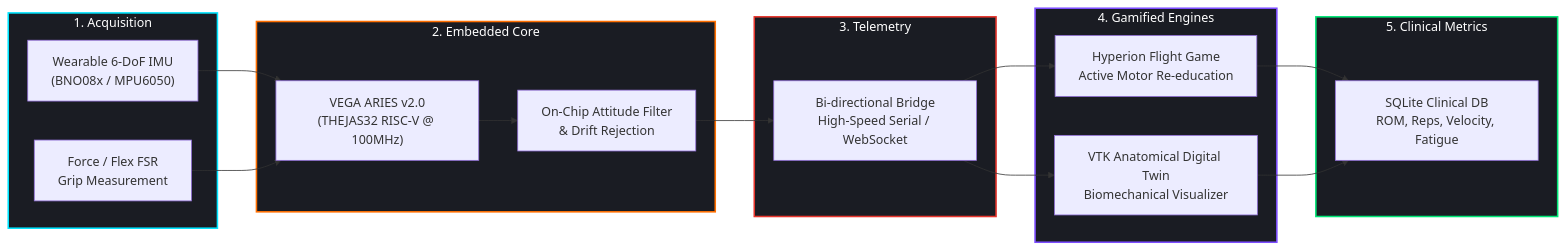
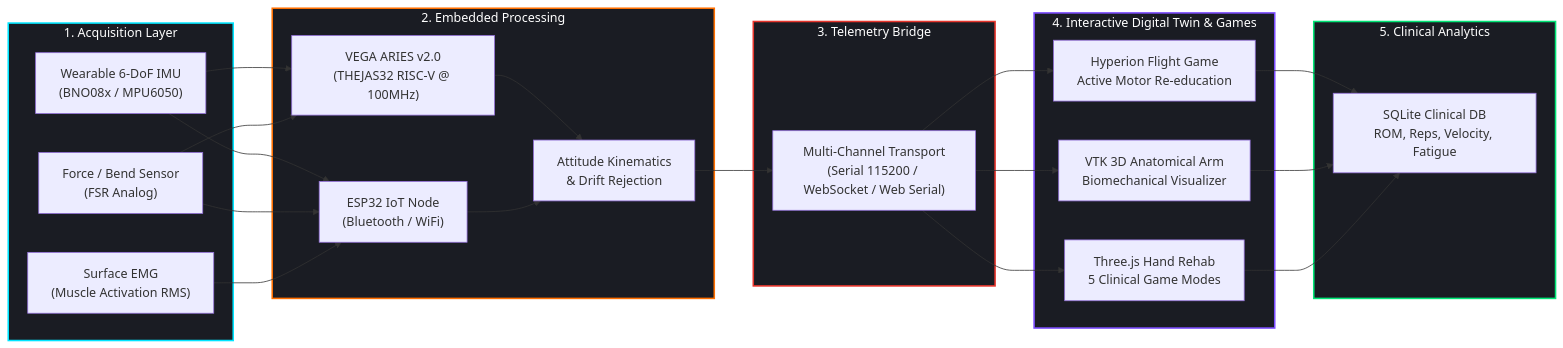
One commit to Deepak-prog15/gamified-rehabilitation-system-aries-board-v2 changed the diagram in README.md. Above: the diagram before and after it, drawn with Mermaid. The commit also changed other lines of this file, not shown here.

Commit message:
Incorporate comprehensive RehabiHand modules, hardware pinouts, telemetry schemas, maintainers, and hackathon wins

````diff
--- a/README.md
+++ b/README.md
@@ -59,40 +86,49 @@
 ```mermaid
 flowchart LR
-    subgraph S1["1. Acquisition"]
+    subgraph S1["1. Acquisition Layer"]
         IMU["Wearable 6-DoF IMU<br/>(BNO08x / MPU6050)"]
-        FSR["Force / Flex FSR<br/>Grip Measurement"]
+        FSR["Force / Bend Sensor<br/>(FSR Analog)"]
+        EMG["Surface EMG<br/>(Muscle Activation RMS)"]
     end
 
-    subgraph S2["2. Embedded Core"]
+    subgraph S2["2. Embedded Processing"]
         ARIES["VEGA ARIES v2.0<br/>(THEJAS32 RISC-V @ 100MHz)"]
-        FILTER["On-Chip Attitude Filter<br/>& Drift Rejection"]
+        ESP["ESP32 IoT Node<br/>(Bluetooth / WiFi)"]
+        FILTER["Attitude Kinematics<br/>& Drift Rejection"]
     end
 
-    subgraph S3["3. Telemetry"]
-        BRIDGE["Bi-directional Bridge<br/>High-Speed Serial / WebSocket"]
+    subgraph S3["3. Telemetry Bridge"]
+        BRIDGE["Multi-Channel Transport<br/>(Serial 115200 / WebSocket / Web Serial)"]
     end
 
-    subgraph S4["4. Gamified Engines"]
+    subgraph S4["4. Interactive Digital Twin & Games"]
         GAME["Hyperion Flight Game<br/>Active Motor Re-education"]
-        TWIN["VTK Anatomical Digital Twin<br/>Biomechanical Visualizer"]
+        TWIN["VTK 3D Anatomical Arm<br/>Biomechanical Visualizer"]
+        HAND["Three.js Hand Rehab<br/>5 Clinical Game Modes"]
     end
 
-    subgraph S5["5. Clinical Metrics"]
+    subgraph S5["5. Clinical Analytics"]
         METRICS["SQLite Clinical DB<br/>ROM, Reps, Velocity, Fatigue"]
     end
 
     IMU --> ARIES
     FSR --> ARIES
+    IMU --> ESP
+    FSR --> ESP
+    EMG --> ESP
     ARIES --> FILTER
+    ESP --> FILTER
     FILTER --> BRIDGE
     BRIDGE --> GAME
     BRIDGE --> TWIN
+    BRIDGE --> HAND
     GAME --> METRICS
     TWIN --> METRICS
+    HAND --> METRICS
 
     style S1 fill:#1a1c23,stroke:#00E5FF,stroke-width:2px,color:#fff
     style S2 fill:#1a1c23,stroke:#FF6F00,stroke-width:2px,color:#fff
     style S3 fill:#1a1c23,stroke:#E7352C,stroke-width:2px,color:#fff
     style S4 fill:#1a1c23,stroke:#7C4DFF,stroke-width:2px,color:#fff
     style S5 fill:#1a1c23,stroke:#00E676,stroke-width:2px,color:#fff
 ```
````
